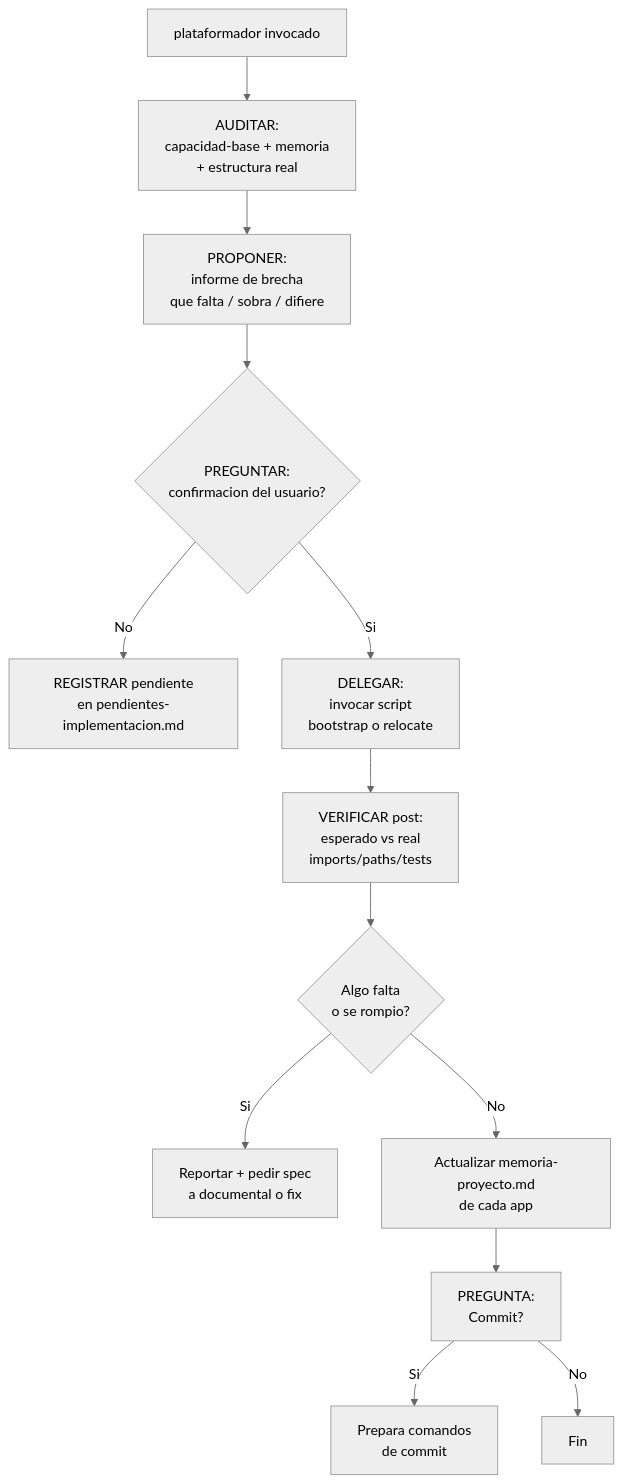
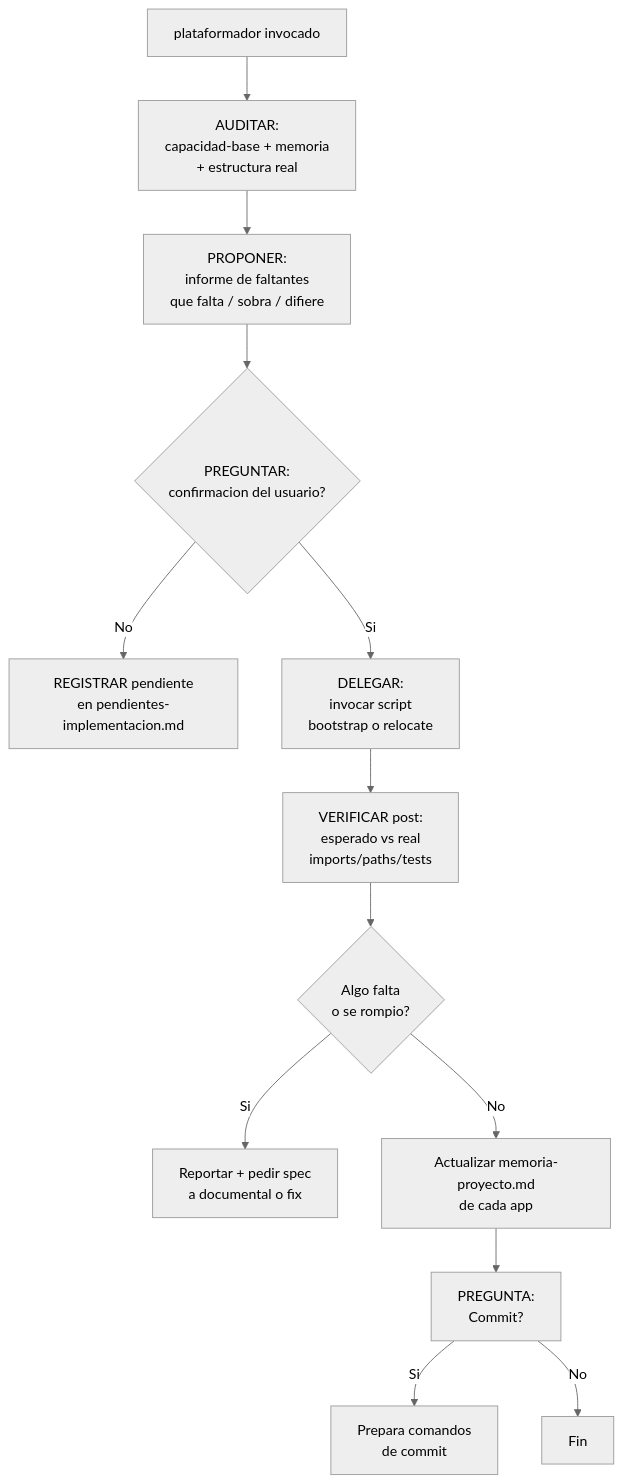
The diagram in .opencode/agents/plataformador.md (BUSCADO-LA-VIDA/Agents_IA_TECH), drawn with Mermaid (neutral theme) before and after one commit. The commit also changed other lines of this file and 30 other files, not shown here.

````diff
--- a/.opencode/agents/plataformador.md
+++ b/.opencode/agents/plataformador.md
@@ -78,15 +78,15 @@
 ```mermaid
 flowchart TD
     A[plataformador invocado] --> B[AUDITAR:\ncapacidad-base + memoria\n+ estructura real]
-    B --> C[PROPONER:\ninforme de brecha\nque falta / sobra / difiere]
+    B --> C[PROPONER:\ninforme de faltantes\nque falta / sobra / difiere]
     C --> D{PREGUNTAR:\nconfirmacion del usuario?}
     D -->|No| E[REGISTRAR pendiente\nen pendientes-implementacion.md]
     D -->|Si| F[DELEGAR:\ninvocar script\nbootstrap o relocate]
     F --> G[VERIFICAR post:\nesperado vs real\nimports/paths/tests]
     G --> H{Algo falta\no se rompio?}
     H -->|Si| I[Reportar + pedir spec\na documental o fix]
     H -->|No| J[Actualizar memoria-proyecto.md\nde cada app]
     J --> K[PREGUNTA:\nCommit?]
     K -->|Si| L[Prepara comandos\nde commit]
     K -->|No| M[Fin]
 ```
````
